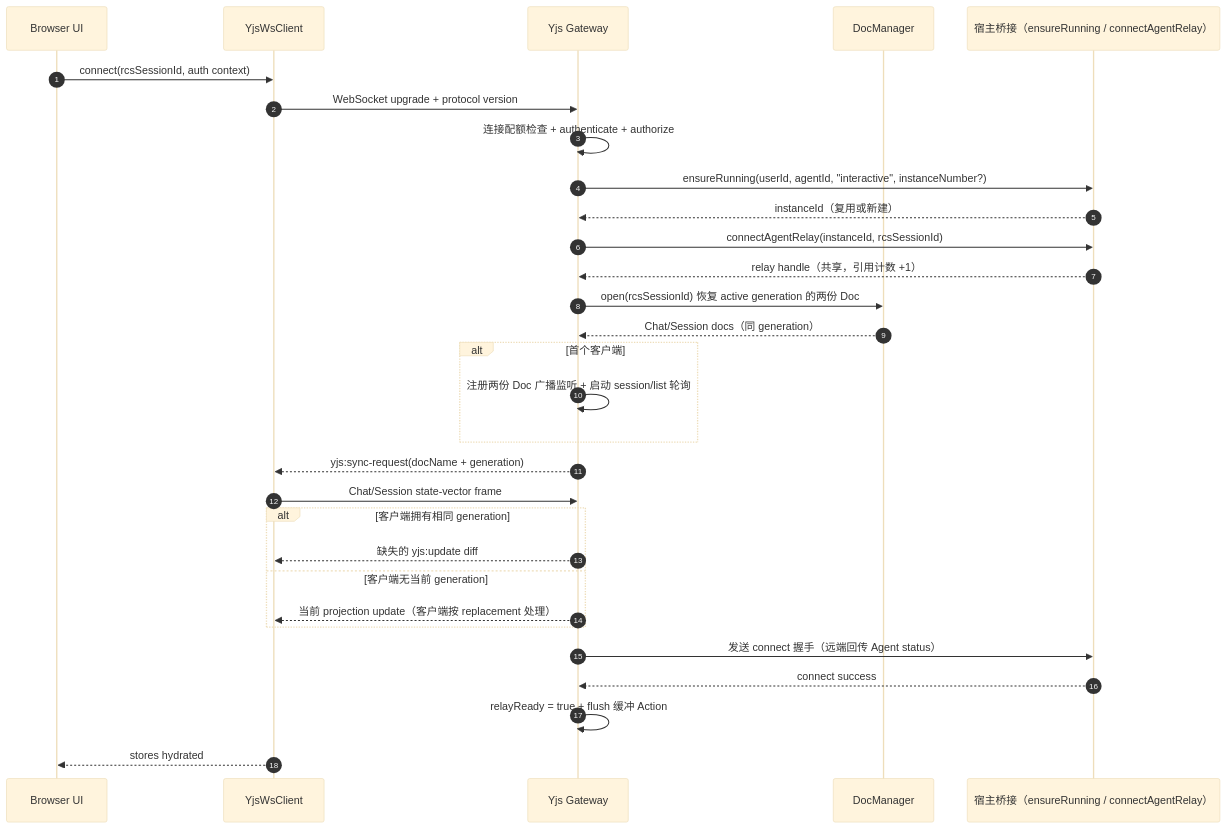
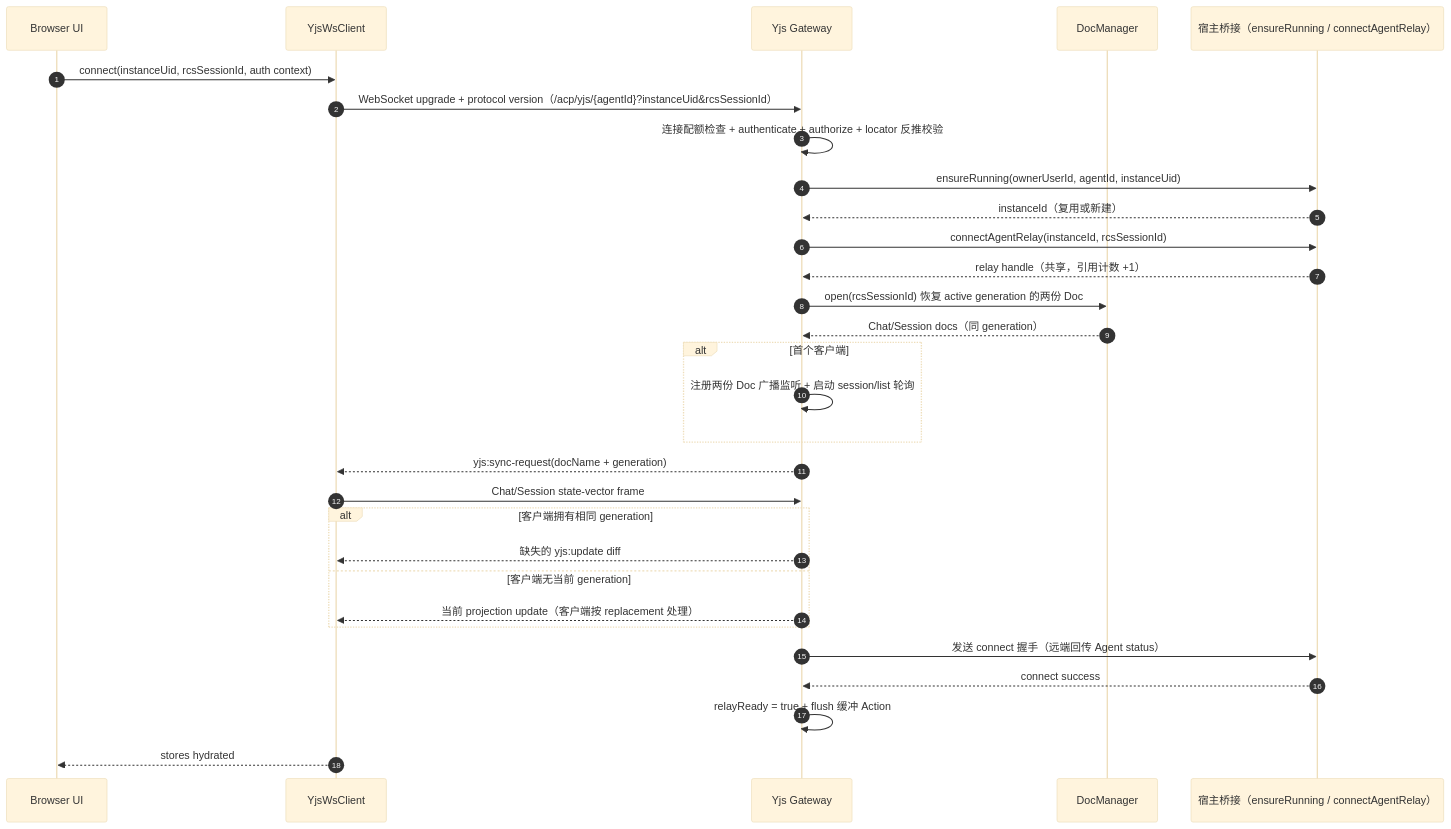
Before and after one commit to HuangPuStar/FenixAgent: the third of 10 diagrams in docs/arch/19-yjs-chat-streaming.md, drawn with Mermaid (base theme). The commit also changed other lines of this file and 1 other file, not shown here.

First line of the commit message:
docs(arch): 订正 YJS 会话标识链路，rcs key 第三段为 instanceUid

````diff
--- a/docs/arch/19-yjs-chat-streaming.md
+++ b/docs/arch/19-yjs-chat-streaming.md
@@ -237,33 +244,33 @@
 ```mermaid
 sequenceDiagram
     autonumber
     participant UI as Browser UI
     participant YC as YjsWsClient
     participant GW as Yjs Gateway
     participant DM as DocManager
     participant IB as 宿主桥接（ensureRunning / connectAgentRelay）
 
-    UI->>YC: connect(rcsSessionId, auth context)
-    YC->>GW: WebSocket upgrade + protocol version
-    GW->>GW: 连接配额检查 + authenticate + authorize
-    GW->>IB: ensureRunning(userId, agentId, "interactive", instanceNumber?)
+    UI->>YC: connect(instanceUid, rcsSessionId, auth context)
+    YC->>GW: WebSocket upgrade + protocol version（/acp/yjs/{agentId}?instanceUid&rcsSessionId）
+    GW->>GW: 连接配额检查 + authenticate + authorize + locator 反推校验
+    GW->>IB: ensureRunning(ownerUserId, agentId, instanceUid)
     IB-->>GW: instanceId（复用或新建）
     GW->>IB: connectAgentRelay(instanceId, rcsSessionId)
     IB-->>GW: relay handle（共享，引用计数 +1）
     GW->>DM: open(rcsSessionId) 恢复 active generation 的两份 Doc
     DM-->>GW: Chat/Session docs（同 generation）
     alt 首个客户端
         GW->>GW: 注册两份 Doc 广播监听 + 启动 session/list 轮询
     end
     GW-->>YC: yjs:sync-request(docName + generation)
     YC->>GW: Chat/Session state-vector frame
     alt 客户端拥有相同 generation
         GW-->>YC: 缺失的 yjs:update diff
     else 客户端无当前 generation
         GW-->>YC: 当前 projection update（客户端按 replacement 处理）
     end
     GW->>IB: 发送 connect 握手（远端回传 Agent status）
     IB-->>GW: connect success
     GW->>GW: relayReady = true + flush 缓冲 Action
     YC-->>UI: stores hydrated
 ```
````
